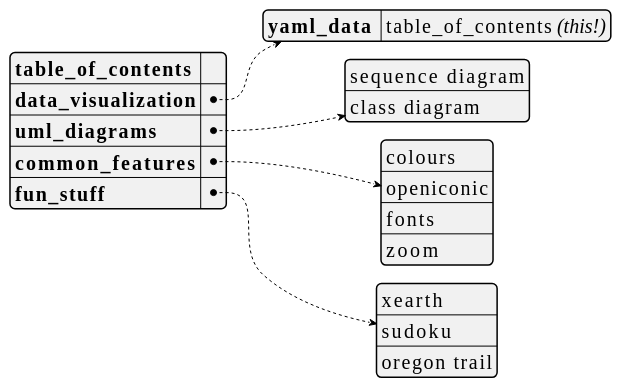
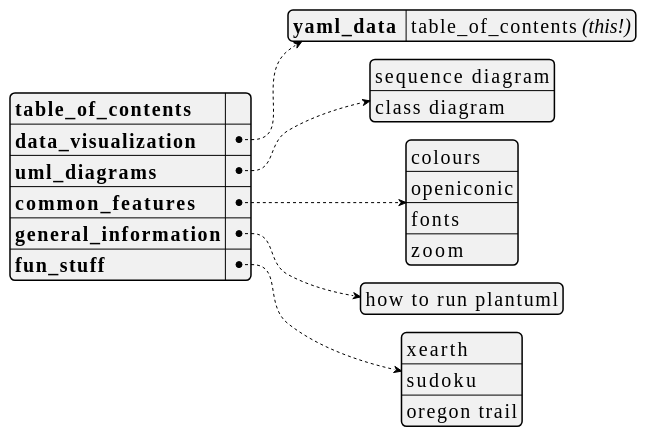
The first of 17 diagrams in plantuml_demo.md (dragondive/heavens-arena), drawn with PlantUML before and after one commit. The commit also changed other lines of this file, not shown here.

Commit message:
added info: how to run plantuml

````diff
--- a/plantuml_demo.md
+++ b/plantuml_demo.md
@@ -26,38 +26,40 @@
 ```plantuml
 @startyaml
 <style>
 yamlDiagram {
     node {
         ' use a constant width font because that's what developers do.
         FontName Consolas
         FontSize 20
     }
 }
 </style>
 
 /'TODO:
 It would be cool to hyperlink the entries in the table_of_contents to the
 respective section in the document. Not only would it further accentuate the
 [Medium Awareness](https://tvtropes.org/pmwiki/pmwiki.php/Main/MediumAwareness)
 of this yaml document, but also augment the
 [Anachronic Order](https://tvtropes.org/pmwiki/pmwiki.php/Main/AnachronicOrder)
 of the outer markdown document.
 '/
 
 **table_of_contents**: ""  /' workaround: empty string here to avoid dummy link '/
 data_visualization:
     yaml_data : table_of_contents //(this!)//
 uml_diagrams:
     - sequence diagram
     - class diagram
 common_features:
     - colours
     - openiconic
     - fonts
     - zoom
+general_information:
+    - how to run plantuml
 fun_stuff:
     - xearth
     - sudoku
     - oregon trail
 @endyaml
 ```
````
